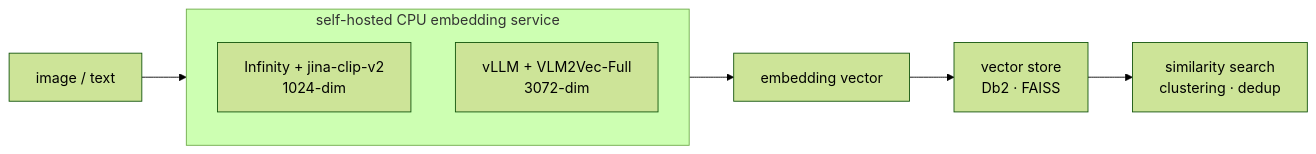
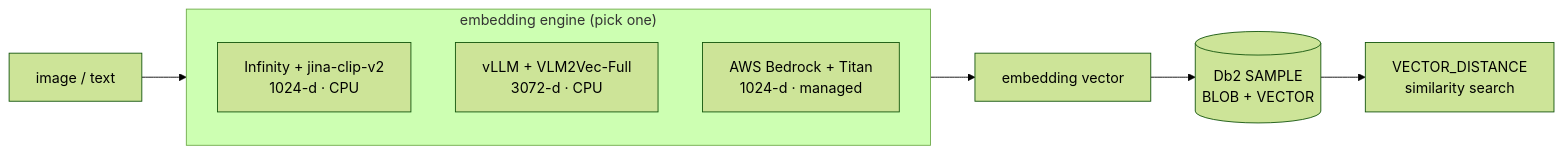
Before and after one commit to IBM/db2-ai-cookbook: the diagram in README.md, drawn with Mermaid (forest theme). The commit also changed other lines of this file and 10 other files, not shown here.

First line of the commit message:
Add Bedrock module, Db2 vector storage, remote config, and revamped docs

````diff
--- a/README.md
+++ b/README.md
@@ -5,12 +12,13 @@
 ```mermaid
 flowchart LR
-    IN["image / text"] --> SVC
-    subgraph SVC["self-hosted CPU embedding service"]
+    IN["image / text"] --> ENGINE
+    subgraph ENGINE["embedding engine (pick one)"]
       direction TB
-      M1["Infinity + jina-clip-v2<br/>1024-dim"]
-      M2["vLLM + VLM2Vec-Full<br/>3072-dim"]
+      M1["Infinity + jina-clip-v2<br/>1024-d · CPU"]
+      M2["vLLM + VLM2Vec-Full<br/>3072-d · CPU"]
+      M3["AWS Bedrock + Titan<br/>1024-d · managed"]
     end
-    SVC --> VEC["embedding vector"]
-    VEC --> STORE["vector store<br/>Db2 · FAISS"]
-    STORE --> USE["similarity search<br/>clustering · dedup"]
+    ENGINE --> VEC["embedding vector"]
+    VEC --> DB[("Db2 SAMPLE<br/>BLOB + VECTOR")]
+    DB --> Q["VECTOR_DISTANCE<br/>similarity search"]
 ```
````
